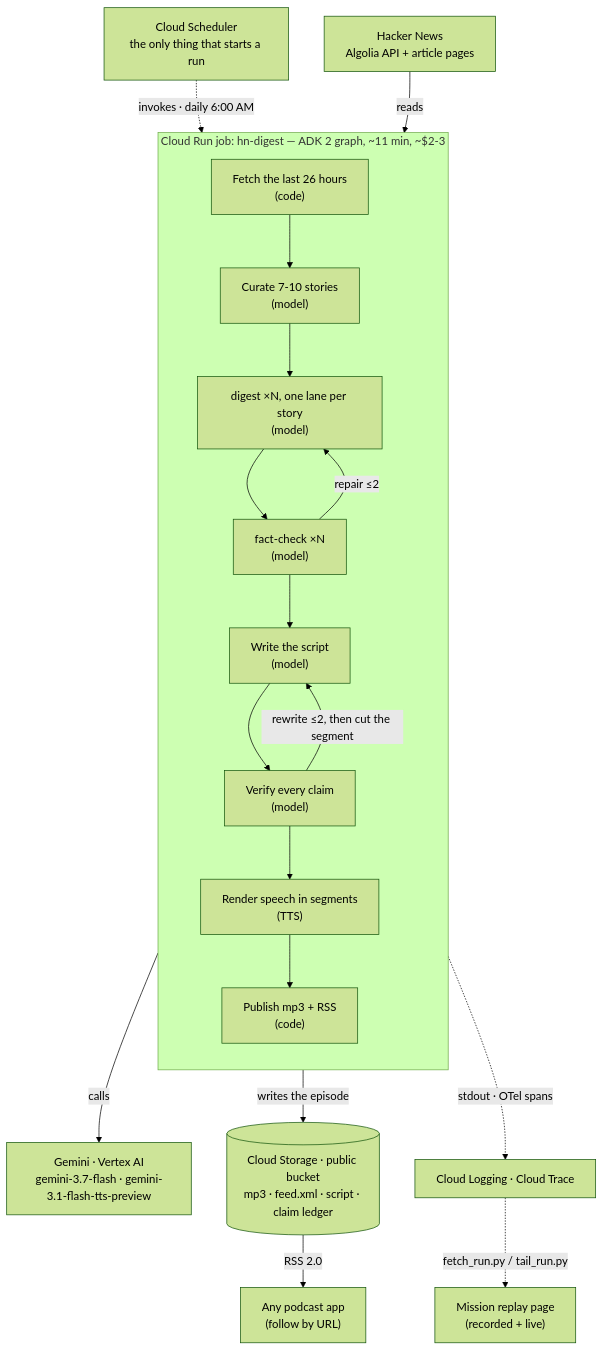
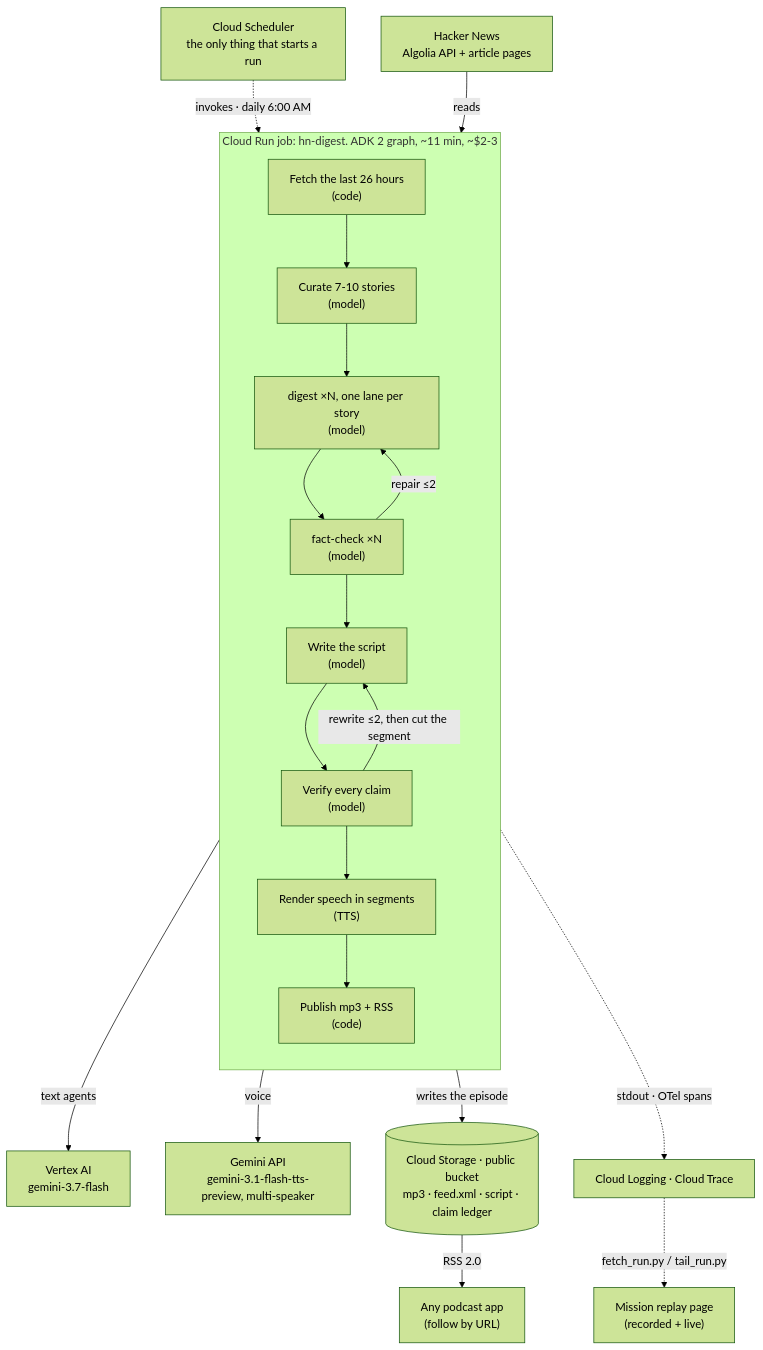
One commit to ykdojo/hacker-news-digest changed the diagram in architecture.md. Above: the diagram before and after it, drawn with Mermaid (forest theme). The commit also changed other lines of this file and 4 other files, not shown here.

Commit message:
Accuracy: split Vertex AI (text) from Gemini API (TTS); add Cloud Build SA step and fresh-project quota warning; drop em dashes and prose semicolons

````diff
--- a/architecture.md
+++ b/architecture.md
@@ -13,28 +15,29 @@
 ```mermaid
 flowchart TB
   scheduler["Cloud Scheduler<br/>the only thing that starts a run"]
   hn["Hacker News<br/>Algolia API + article pages"]
 
   scheduler -.->|"invokes · daily 6:00 AM"| job
   hn -->|reads| job
 
-  subgraph job["Cloud Run job: hn-digest — ADK 2 graph, ~11 min, ~$2-3"]
+  subgraph job["Cloud Run job: hn-digest. ADK 2 graph, ~11 min, ~$2-3"]
     direction TB
     fetch["Fetch the last 26 hours<br/>(code)"] --> curate["Curate 7-10 stories<br/>(model)"]
     curate --> digest["digest ×N, one lane per story<br/>(model)"]
     digest --> check["fact-check ×N<br/>(model)"]
     check -->|"repair ≤2"| digest
     check --> script["Write the script<br/>(model)"]
     script --> verify["Verify every claim<br/>(model)"]
     verify -->|"rewrite ≤2, then cut the segment"| script
     verify --> tts["Render speech in segments<br/>(TTS)"]
     tts --> publish["Publish mp3 + RSS<br/>(code)"]
   end
 
-  job -->|calls| gemini["Gemini · Vertex AI<br/>gemini-3.7-flash · gemini-3.1-flash-tts-preview"]
+  job -->|"text agents"| vertex["Vertex AI<br/>gemini-3.7-flash"]
+  job -->|"voice"| gapi["Gemini API<br/>gemini-3.1-flash-tts-preview, multi-speaker"]
   job -->|"writes the episode"| gcs[("Cloud Storage · public bucket<br/>mp3 · feed.xml · script · claim ledger")]
   gcs -->|"RSS 2.0"| apps["Any podcast app<br/>(follow by URL)"]
 
   job -.->|"stdout · OTel spans"| obs["Cloud Logging · Cloud Trace"]
   obs -.->|"fetch_run.py / tail_run.py"| replay["Mission replay page<br/>(recorded + live)"]
 ```
````
